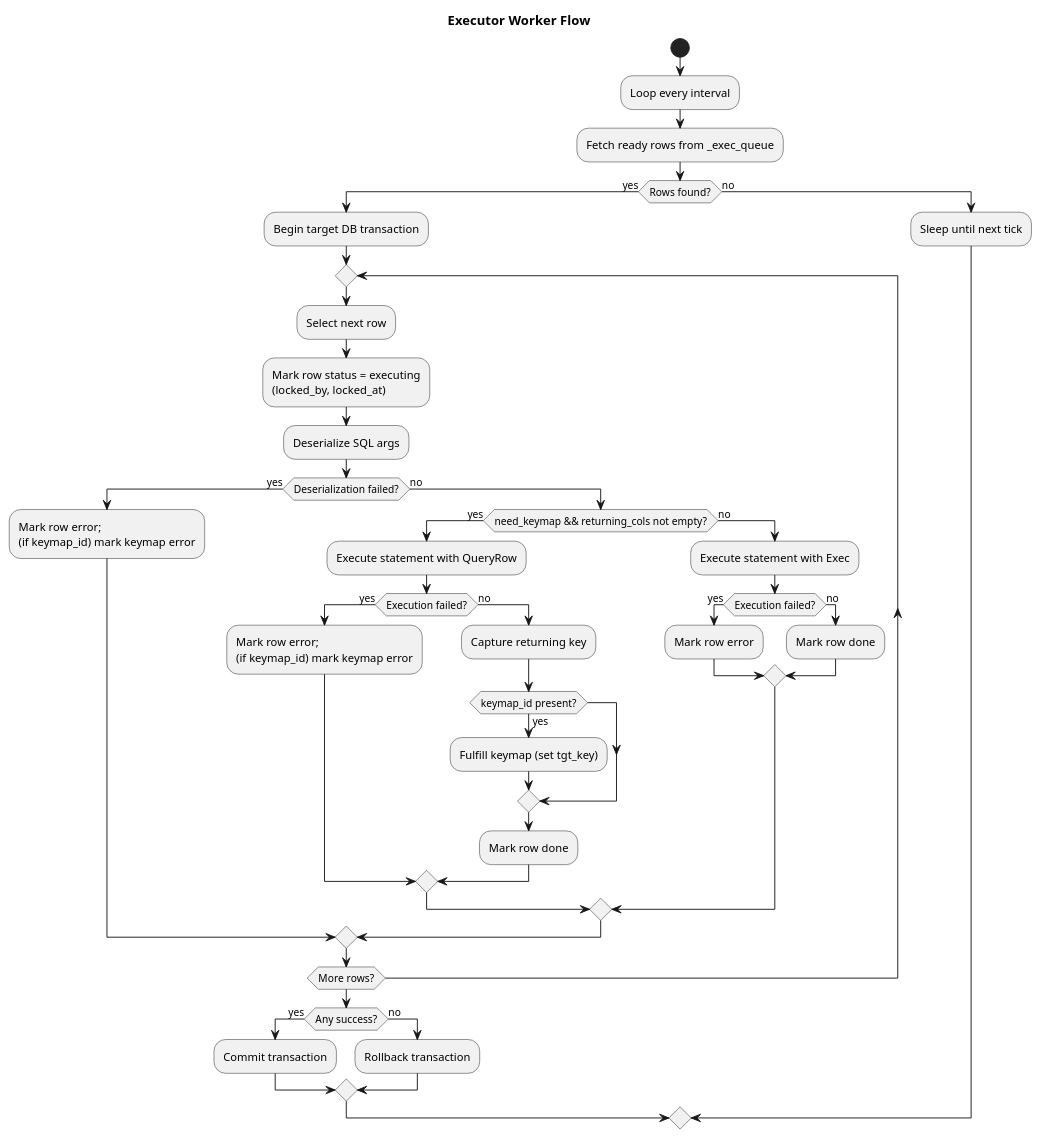
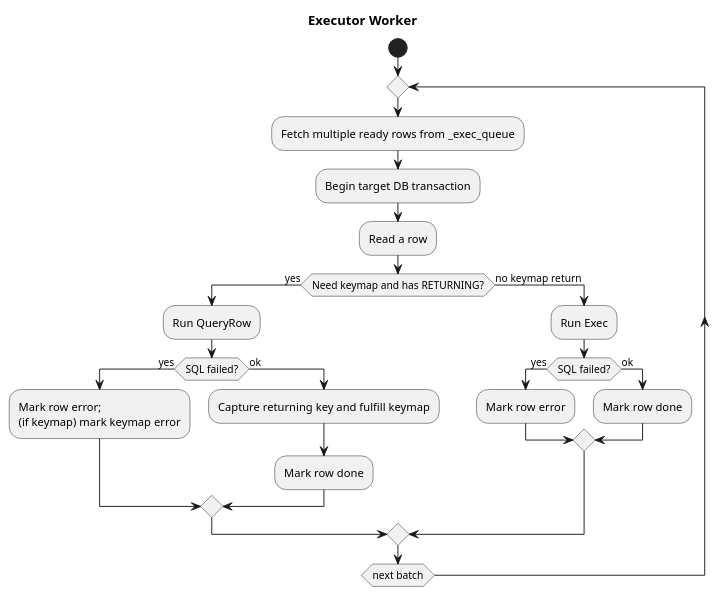
Before and after one commit to mirza27/postgres_federation_tools: the diagram in docs/executor_flow.puml, drawn with PlantUML. The commit also changed 3 other files, not shown here.

Commit message:
docs(UML): simplify workers flow

```diff
--- a/docs/executor_flow.puml
+++ b/docs/executor_flow.puml
@@ -1,46 +1,27 @@
 @startuml ExecutorFlow
-title Executor Worker Flow
+title Executor Worker
 
 start
-:Loop every interval;
-:Fetch ready rows from _exec_queue;
-if (Rows found?) then (yes)
+  repeat
+:Fetch multiple ready rows from _exec_queue;
   :Begin target DB transaction;
-  repeat
-    :Select next row;
-    :Mark row status = executing\n(locked_by, locked_at);
-    :Deserialize SQL args;
-    if (Deserialization failed?) then (yes)
-      :Mark row error;\n(if keymap_id) mark keymap error;
-    else (no)
-      if (need_keymap && returning_cols not empty?) then (yes)
-        :Execute statement with QueryRow;
-        if (Execution failed?) then (yes)
-          :Mark row error;\n(if keymap_id) mark keymap error;
-        else (no)
-          :Capture returning key;
-          if (keymap_id present?) then (yes)
-            :Fulfill keymap (set tgt_key);
-          endif
+    :Read a row;
+      if (Need keymap and has RETURNING?) then (yes)
+        :Run QueryRow;
+        if (SQL failed?) then (yes)
+          :Mark row error;\n(if keymap) mark keymap error;
+        else (ok)
+          :Capture returning key and fulfill keymap;
           :Mark row done;
         endif
-      else (no)
-        :Execute statement with Exec;
-        if (Execution failed?) then (yes)
+      else (no keymap return)
+        :Run Exec;
+        if (SQL failed?) then (yes)
           :Mark row error;
-        else (no)
+        else (ok)
           :Mark row done;
         endif
       endif
-    endif
-  repeat while (More rows?)
-  if (Any success?) then (yes)
-    :Commit transaction;
-  else (no)
-    :Rollback transaction;
-  endif
-else (no)
-  :Sleep until next tick;
-endif
+  repeat while (next batch)
 
 @enduml
```
